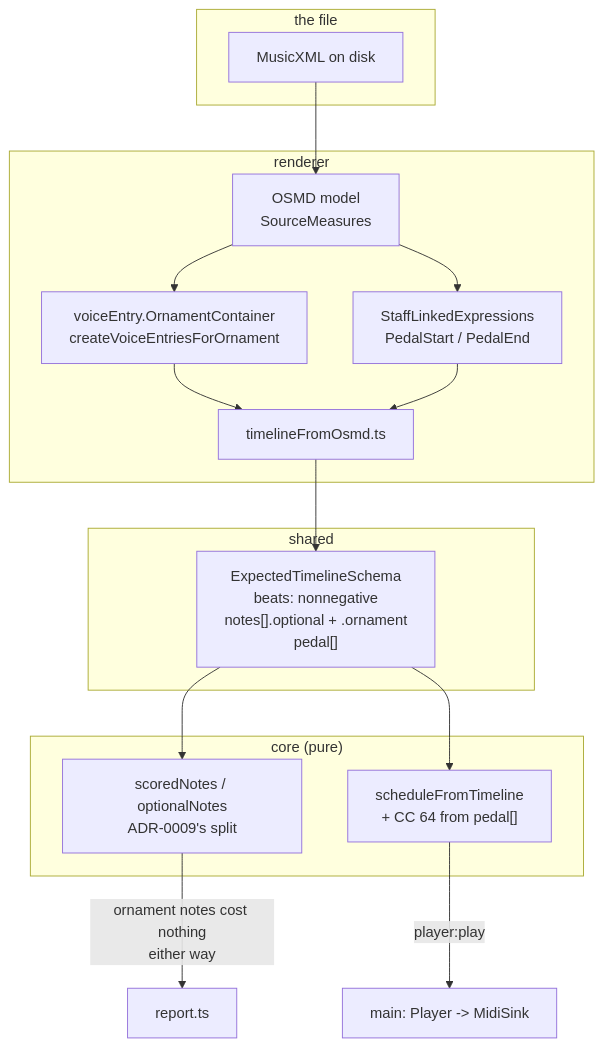
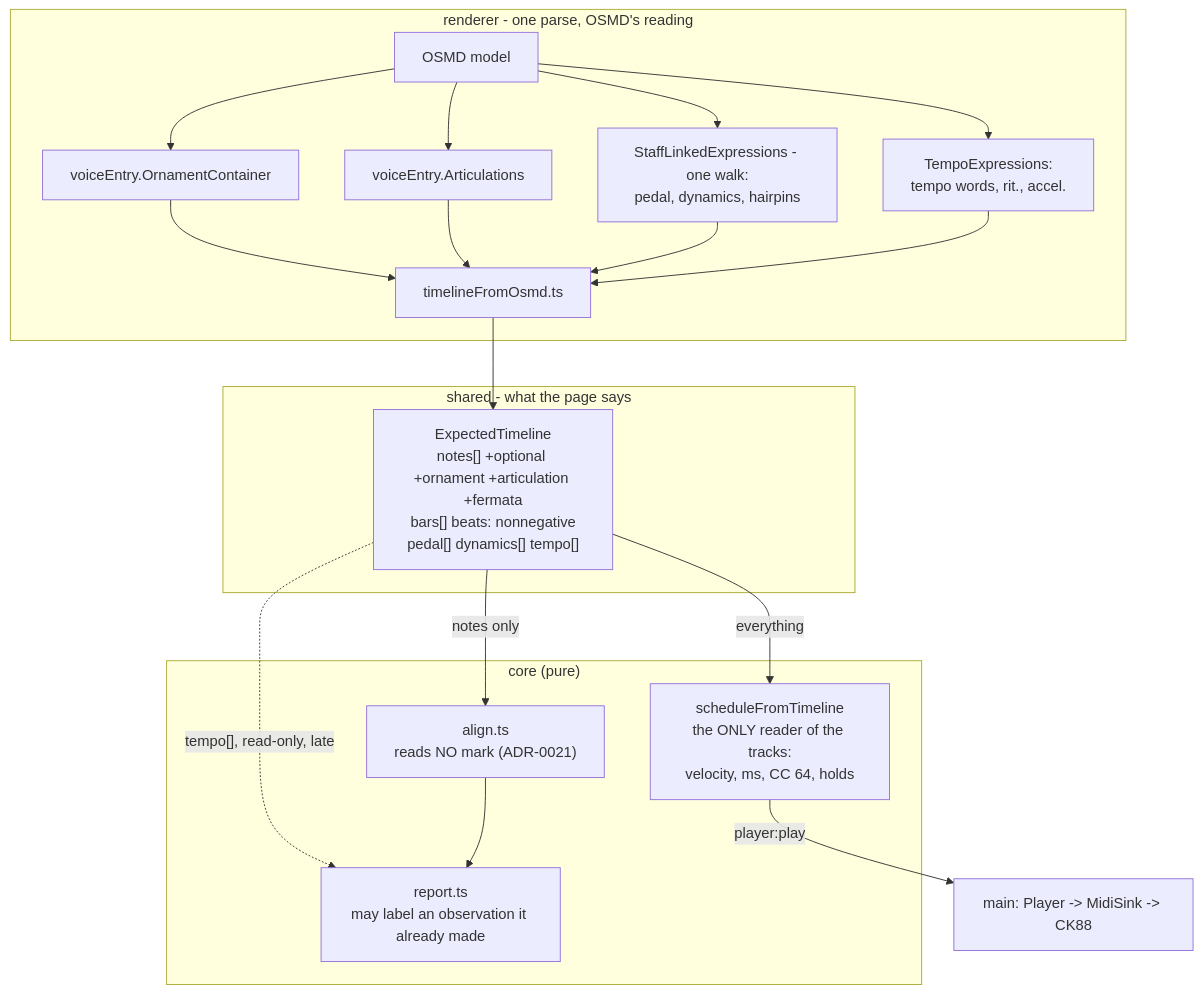
One commit to IgorKonovalov/piano-tutor changed the diagram in docs/plans/0010-the-timeline-tells-the-truth-about-the-page.md. Above: the diagram before and after it, drawn with Mermaid. The commit also changed other lines of this file and 6 other files, not shown here.

````diff
--- a/docs/plans/0010-the-timeline-tells-the-truth-about-the-page.md
+++ b/docs/plans/0010-the-timeline-tells-the-truth-about-the-page.md
@@ -91,33 +142,36 @@
 ```mermaid
 flowchart TB
-    subgraph score["the file"]
-        XML[MusicXML on disk]
-    end
-
-    subgraph renderer["renderer"]
-        OSMD["OSMD model<br/>SourceMeasures"]
-        ORN["voiceEntry.OrnamentContainer<br/>createVoiceEntriesForOrnament"]
-        PED["StaffLinkedExpressions<br/>PedalStart / PedalEnd"]
+    subgraph renderer["renderer - one parse, OSMD's reading"]
+        OSMD["OSMD model"]
+        ORN["voiceEntry.OrnamentContainer"]
+        ART["voiceEntry.Articulations"]
+        ME["StaffLinkedExpressions - one walk:<br/>pedal, dynamics, hairpins"]
+        TE["TempoExpressions:<br/>tempo words, rit., accel."]
         EX["timelineFromOsmd.ts"]
     end
 
-    subgraph shared["shared"]
-        SCHEMA["ExpectedTimelineSchema<br/>beats: nonnegative<br/>notes[].optional + .ornament<br/>pedal[]"]
+    subgraph shared["shared - what the page says"]
+        SCHEMA["ExpectedTimeline<br/>notes[] +optional +ornament +articulation +fermata<br/>bars[] beats: nonnegative<br/>pedal[] dynamics[] tempo[]"]
     end
 
     subgraph core["core (pure)"]
-        SCORED["scoredNotes / optionalNotes<br/>ADR-0009's split"]
-        SCHED["scheduleFromTimeline<br/>+ CC 64 from pedal[]"]
+        SCHED["scheduleFromTimeline<br/>the ONLY reader of the tracks:<br/>velocity, ms, CC 64, holds"]
+        ALIGN["align.ts<br/>reads NO mark (ADR-0021)"]
+        REPORT["report.ts<br/>may label an observation it already made"]
     end
 
-    XML --> OSMD
     OSMD --> ORN
-    OSMD --> PED
+    OSMD --> ART
+    OSMD --> ME
+    OSMD --> TE
     ORN --> EX
-    PED --> EX
+    ART --> EX
+    ME --> EX
+    TE --> EX
     EX --> SCHEMA
-    SCHEMA --> SCORED
-    SCHEMA --> SCHED
-    SCORED -->|"ornament notes cost nothing<br/>either way"| REPORT[report.ts]
-    SCHED -->|player:play| SINK["main: Player -> MidiSink"]
+    SCHEMA -->|"notes only"| ALIGN
+    SCHEMA -->|"everything"| SCHED
+    SCHEMA -.->|"tempo[], read-only, late"| REPORT
+    ALIGN --> REPORT
+    SCHED -->|player:play| SINK["main: Player -> MidiSink -> CK88"]
 ```
````
